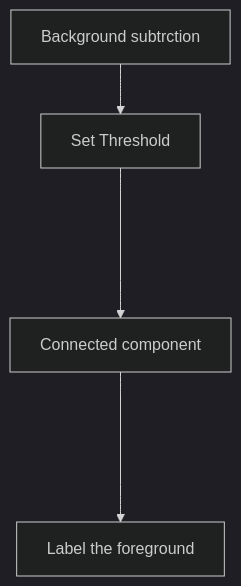
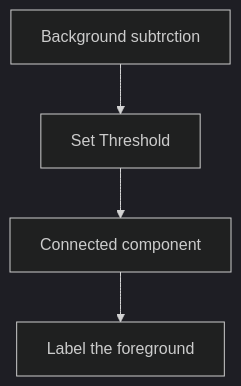
The diagram in lab03/README.md (ericlee310quark/CV_for_UAV_Autopilot), drawn with Mermaid (dark theme) before and after one commit.

````diff
--- a/lab03/README.md
+++ b/lab03/README.md
@@ -11,6 +11,6 @@
 ```mermaid
 flowchart TD
     A[Background subtrction]-->B[Set Threshold];
-    B---->C[Connected component];
-    C---->D[Label the foreground];
+    B-->C[Connected component];
+    C-->D[Label the foreground];
 ```
````
